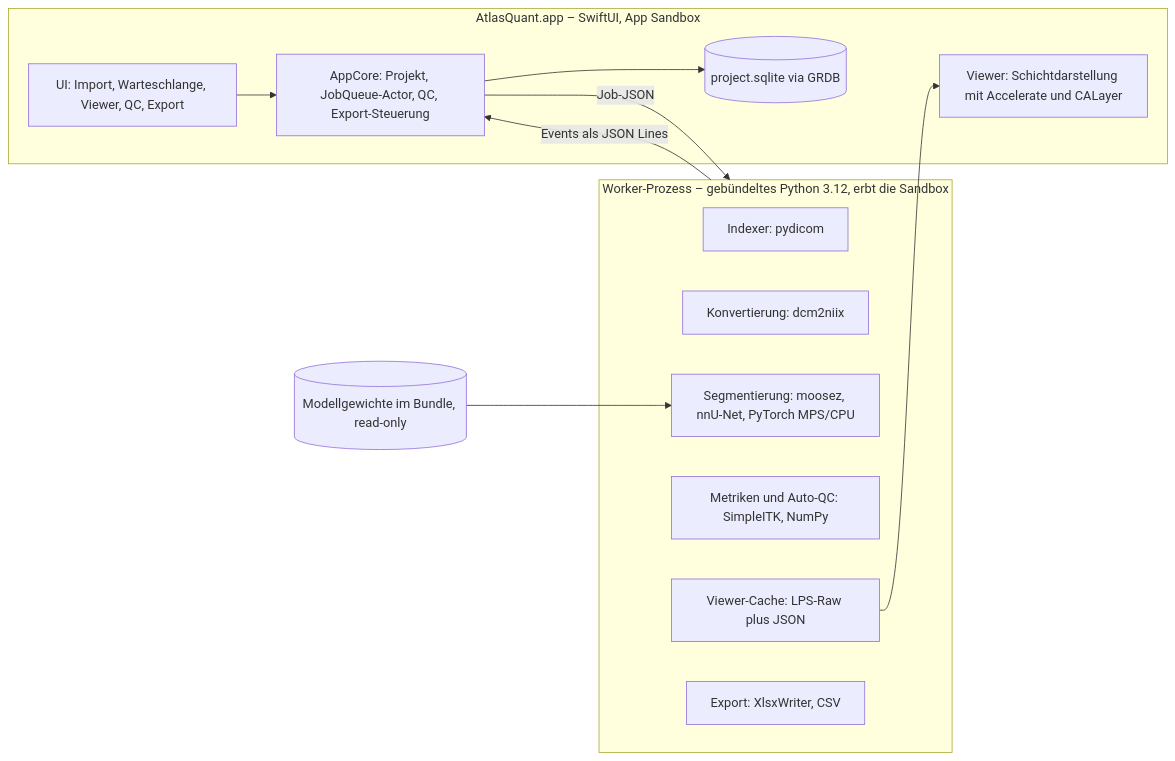
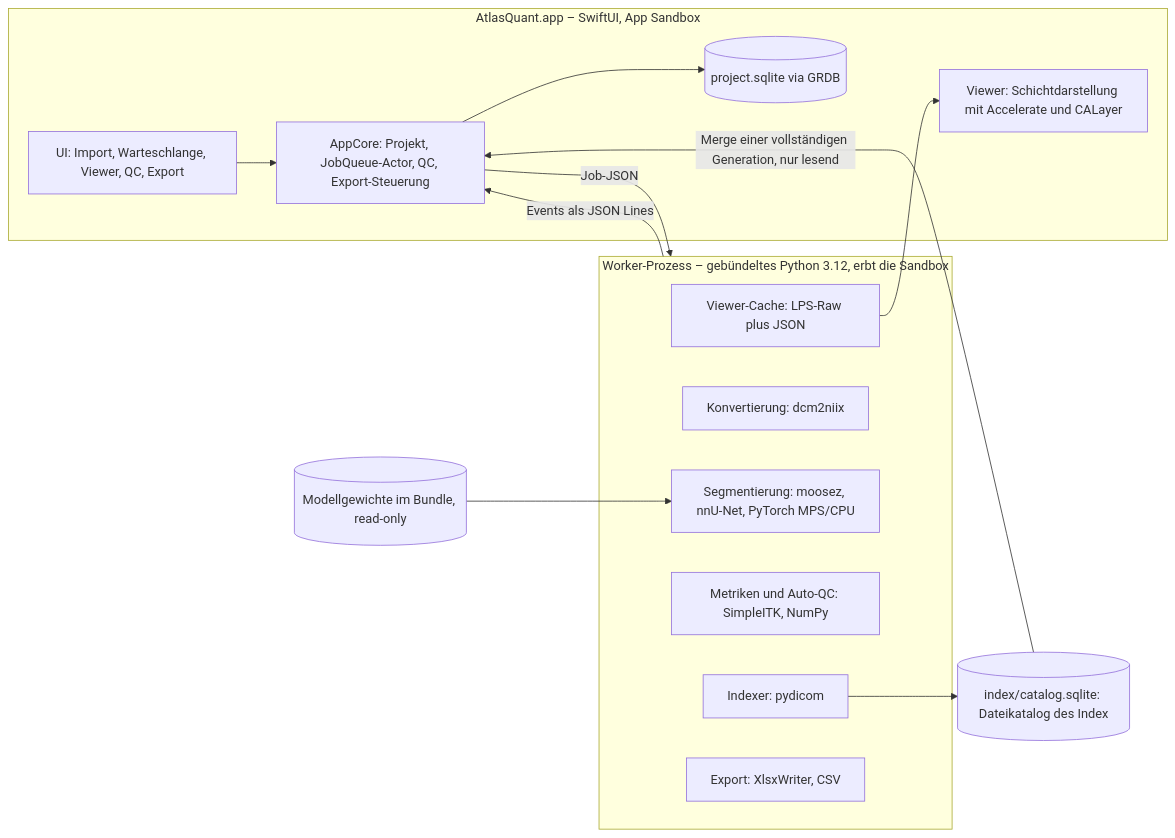
One commit to johludwig-code/Body-Composition-and-Organ-CT-and-PET-CT-Analyzer---Mac-App-Store changed the first of 2 diagrams in docs/PLAN.md. Above: the diagram before and after it, drawn with Mermaid. The commit also changed other lines of this file and 51 other files, not shown here.

First line of the commit message:
M2 foundation: ADRs 0020-0026, protocol, migration v2, catalog DDL, merge SQL

````diff
--- a/docs/PLAN.md
+++ b/docs/PLAN.md
@@ -51,24 +51,27 @@
 ```mermaid
 flowchart LR
   subgraph APP["AtlasQuant.app – SwiftUI, App Sandbox"]
     UI["UI: Import, Warteschlange, Viewer, QC, Export"]
     CORE["AppCore: Projekt, JobQueue-Actor, QC, Export-Steuerung"]
     DB[("project.sqlite via GRDB")]
     VIEW["Viewer: Schichtdarstellung mit Accelerate und CALayer"]
   end
   subgraph WORKER["Worker-Prozess – gebündeltes Python 3.12, erbt die Sandbox"]
     IDX["Indexer: pydicom"]
     CONV["Konvertierung: dcm2niix"]
     SEG["Segmentierung: moosez, nnU-Net, PyTorch MPS/CPU"]
     MET["Metriken und Auto-QC: SimpleITK, NumPy"]
     VC["Viewer-Cache: LPS-Raw plus JSON"]
     XLS["Export: XlsxWriter, CSV"]
   end
   MODELS[("Modellgewichte im Bundle, read-only")]
+  CAT[("index/catalog.sqlite: Dateikatalog des Index")]
   UI --> CORE
   CORE --> DB
+  IDX --> CAT
+  CAT -- "Merge einer vollständigen Generation, nur lesend" --> CORE
   CORE -- "Job-JSON" --> WORKER
   WORKER -- "Events als JSON Lines" --> CORE
   MODELS --> SEG
   VC --> VIEW
 ```
````
